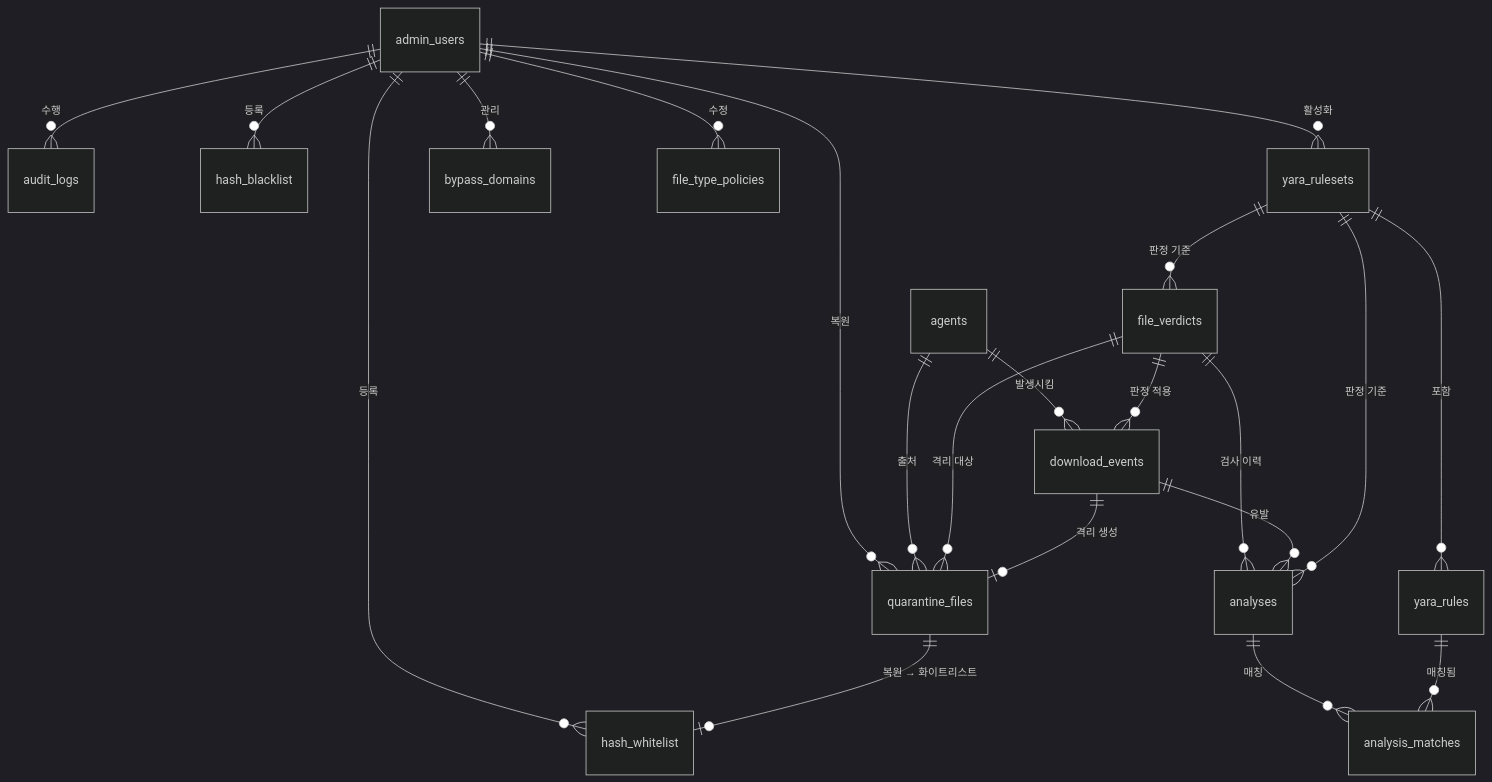
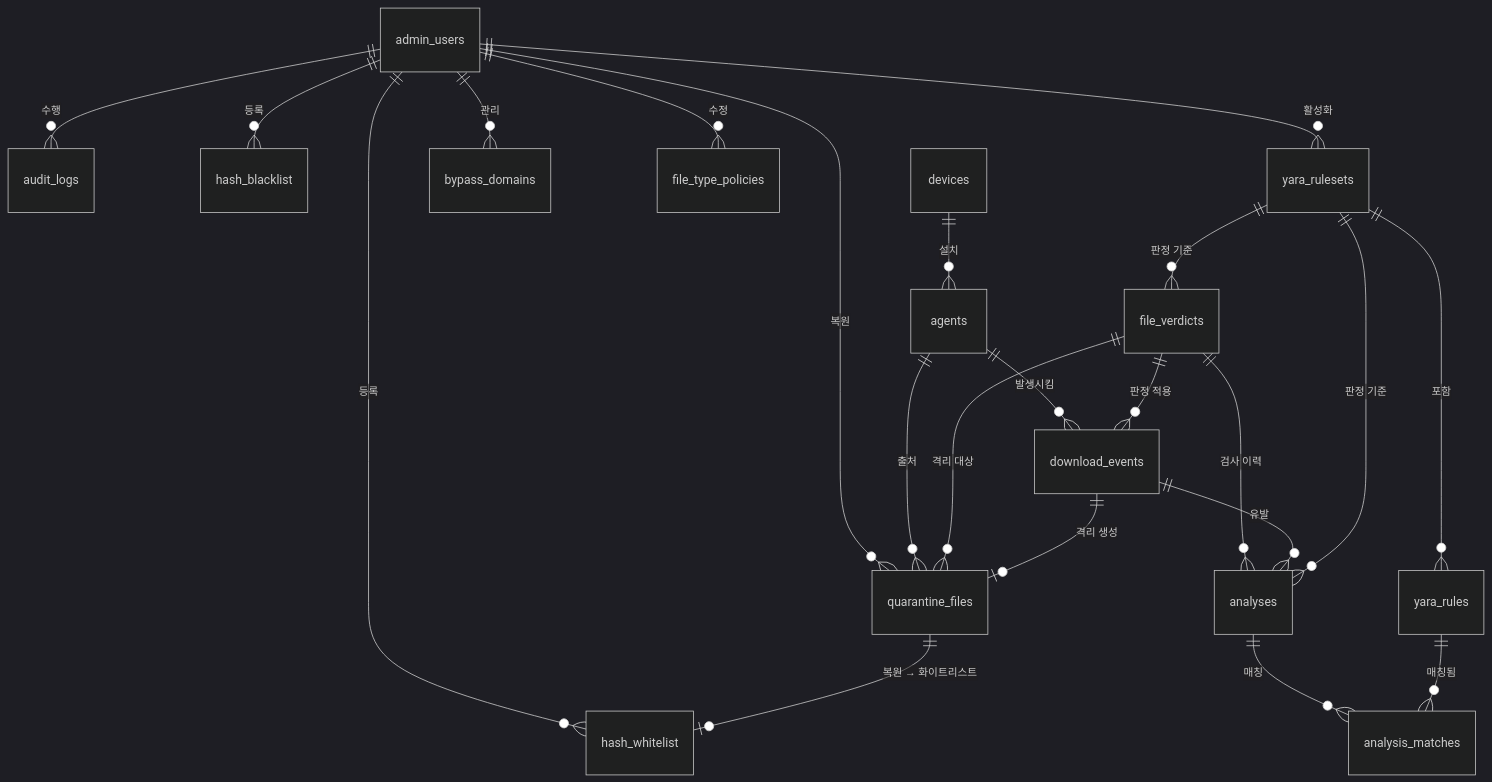
One commit to 2026-Teecher-Team-C/project changed the diagram in docs/superpowers/specs/2026-09-17-erd-review-and-revision.md. Above: the diagram before and after it, drawn with Mermaid (dark theme). The commit also changed other lines of this file and 2 other files, not shown here.

````diff
--- a/docs/superpowers/specs/2026-09-17-erd-review-and-revision.md
+++ b/docs/superpowers/specs/2026-09-17-erd-review-and-revision.md
@@ -85,29 +86,31 @@
 ```mermaid
 erDiagram
     admin_users     ||--o{ audit_logs          : "수행"
     admin_users     ||--o{ quarantine_files    : "복원"
     admin_users     ||--o{ hash_whitelist      : "등록"
     admin_users     ||--o{ hash_blacklist      : "등록"
     admin_users     ||--o{ yara_rulesets       : "활성화"
     admin_users     ||--o{ bypass_domains      : "관리"
     admin_users     ||--o{ file_type_policies  : "수정"
+
+    devices         ||--o{ agents              : "설치"
 
     agents          ||--o{ download_events     : "발생시킴"
     agents          ||--o{ quarantine_files    : "출처"
 
     file_verdicts   ||--o{ download_events     : "판정 적용"
     file_verdicts   ||--o{ analyses            : "검사 이력"
     file_verdicts   ||--o{ quarantine_files    : "격리 대상"
 
     download_events ||--o{ analyses            : "유발"
     download_events ||--o| quarantine_files    : "격리 생성"
 
     yara_rulesets   ||--o{ yara_rules          : "포함"
     yara_rulesets   ||--o{ analyses            : "판정 기준"
     yara_rulesets   ||--o{ file_verdicts       : "판정 기준"
 
     analyses        ||--o{ analysis_matches    : "매칭"
     yara_rules      ||--o{ analysis_matches    : "매칭됨"
 
     quarantine_files ||--o| hash_whitelist     : "복원 → 화이트리스트"
 ```
````
